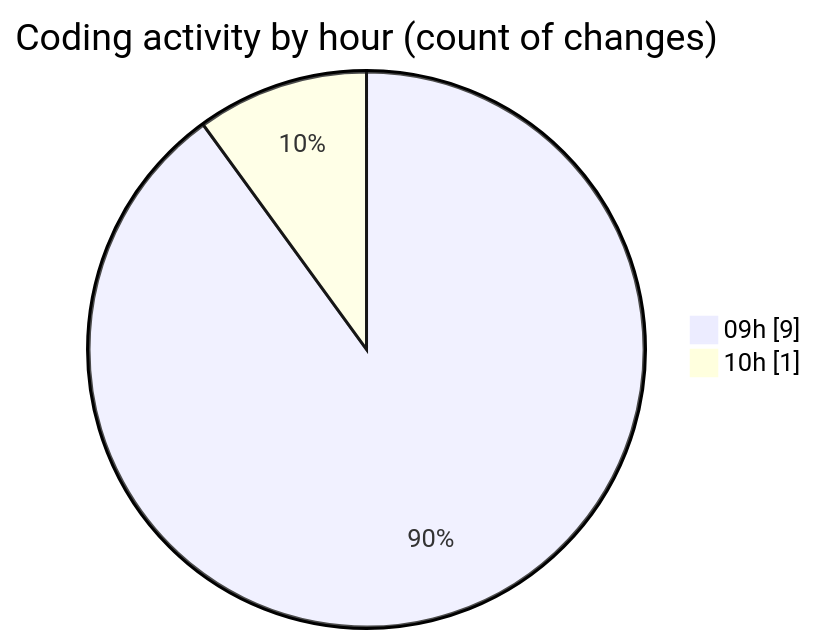
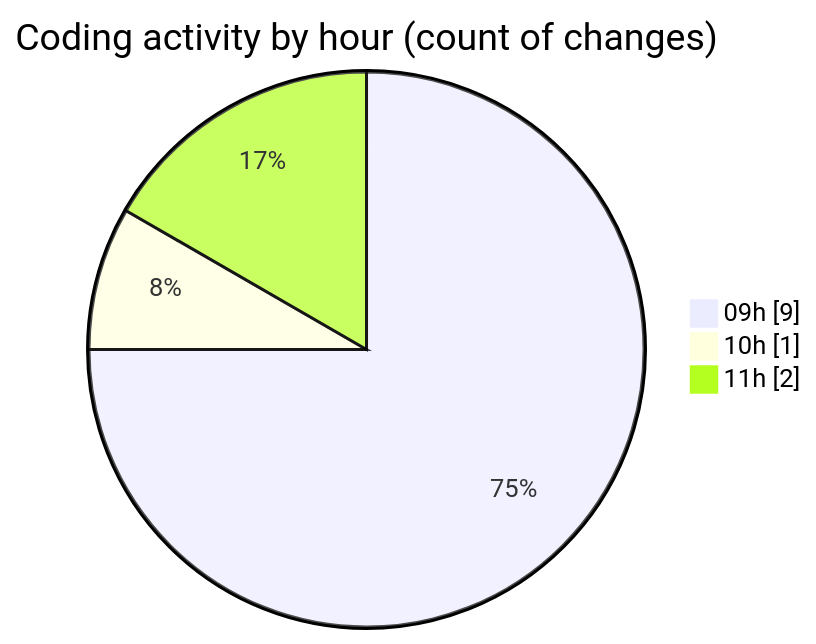
Before and after one commit to ricardozamudiocil/code-tracking: the second of 2 diagrams in 2026-04-16/cilapp/README.md, drawn with Mermaid. The commit also changed other lines of this file and 1 other file, not shown here.

````diff
--- a/2026-04-16/cilapp/README.md
+++ b/2026-04-16/cilapp/README.md
@@ -36,6 +36,7 @@
 ```mermaid
 pie showData
 title Coding activity by hour (count of changes)
 "09h" : 9
 "10h" : 1
+"11h" : 2
 ```
````
